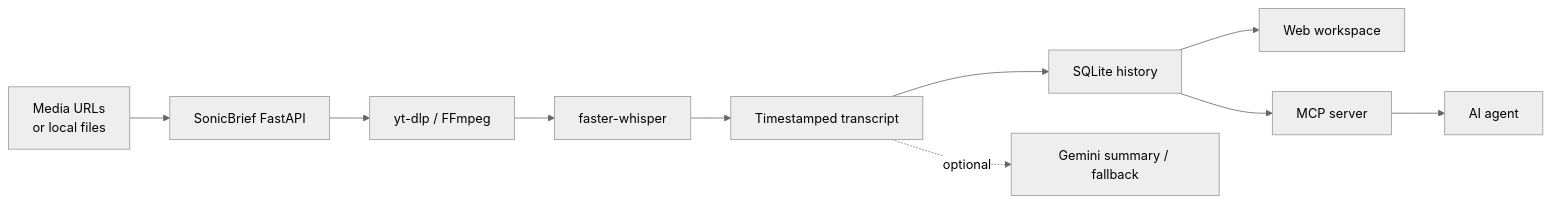
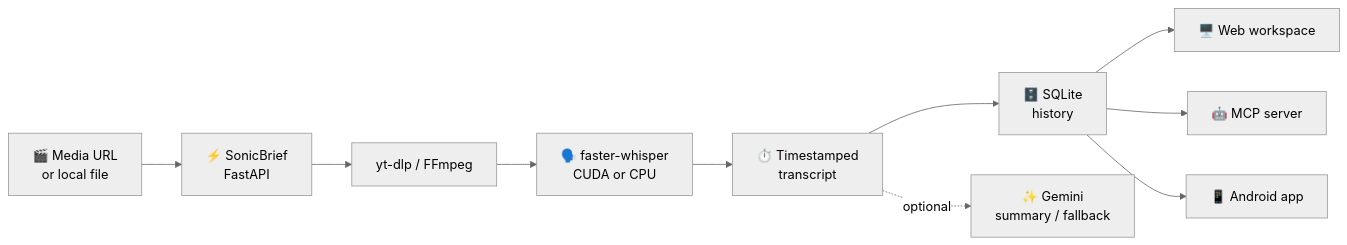
The diagram in README.md (nestchao/SonicBrief), drawn with Mermaid (neutral theme) before and after one commit. The commit also changed other lines of this file and 5 other files, not shown here.

````diff
--- a/README.md
+++ b/README.md
@@ -27,12 +71,12 @@
 ```mermaid
 flowchart LR
-    A["Media URLs<br/>or local files"] --> B["SonicBrief FastAPI"]
+    A["🎬 Media URL<br/>or local file"] --> B["⚡ SonicBrief<br/>FastAPI"]
     B --> C["yt-dlp / FFmpeg"]
-    C --> D["faster-whisper"]
-    D --> E["Timestamped transcript"]
-    E --> F["SQLite history"]
-    F --> G["Web workspace"]
-    F --> H["MCP server"]
-    H --> I["AI agent"]
-    E -. optional .-> J["Gemini summary / fallback"]
+    C --> D["🗣️ faster-whisper<br/>CUDA or CPU"]
+    D --> E["⏱️ Timestamped<br/>transcript"]
+    E --> F["🗄️ SQLite<br/>history"]
+    F --> G["🖥️ Web workspace"]
+    F --> H["🤖 MCP server"]
+    F --> I["📱 Android app"]
+    E -. optional .-> J["✨ Gemini<br/>summary / fallback"]
 ```
````
